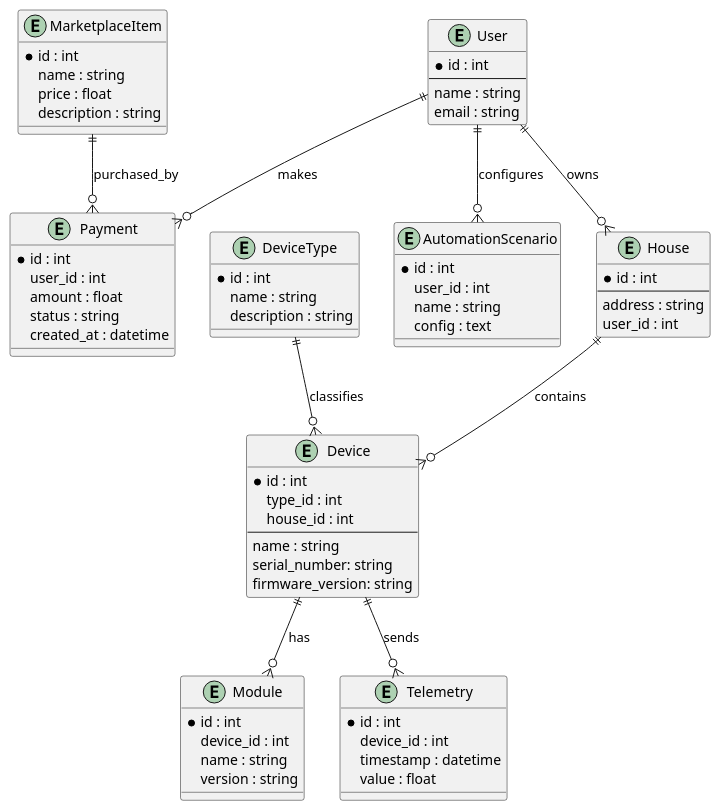
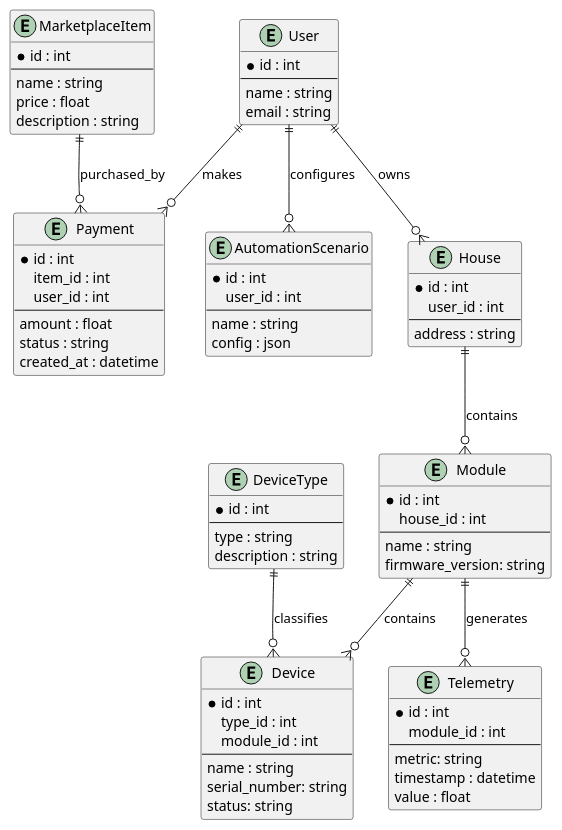
The diagram in docs/ER-diagram.puml (ayakhont/architecture-warmhouse), drawn with PlantUML before and after one commit.

Commit message:
ER-diagram completed

```diff
--- a/docs/ER-diagram.puml
+++ b/docs/ER-diagram.puml
@@ -1,77 +1,85 @@
 @startuml
 entity "User" as user {
   *id : int
   --
   name : string
   email : string
 }
 
 entity "House" as house {
   *id : int
+  user_id : int
   --
   address : string
-  user_id : int
 }
 
 entity "Device" as device {
   *id : int
   type_id : int
-  house_id : int
+  module_id : int
   --
   name : string
   serial_number: string
-  firmware_version: string
+  status: string
 }
 
 entity "DeviceType" as devicetype {
   *id : int
-  name : string
+  --
+  type : string
   description : string
 }
 
 entity "Module" as module {
   *id : int
-  device_id : int
+  house_id : int
+  --
   name : string
-  version : string
+  firmware_version: string
 }
 
 entity "Telemetry" as telemetry {
   *id : int
-  device_id : int
+  module_id : int
+  --
+  metric: string
   timestamp : datetime
   value : float
 }
 
 entity "Payment" as payment {
   *id : int
+  item_id : int
   user_id : int
+  --
   amount : float
   status : string
   created_at : datetime
 }
 
 entity "MarketplaceItem" as item {
   *id : int
+  --
   name : string
   price : float
   description : string
 }
 
 entity "AutomationScenario" as scenario {
   *id : int
   user_id : int
+  --
   name : string
-  config : text
+  config : json
 }
 
 user ||--o{ house : owns
-house ||--o{ device : contains
+house ||--o{ module : contains
+module ||--o{ telemetry : generates
+module ||--o{ device : contains
 devicetype ||--o{ device : classifies
-device ||--o{ module : has
-device ||--o{ telemetry : sends
 user ||--o{ payment : makes
 user ||--o{ scenario : configures
 item ||--o{ payment : purchased_by
 
 @enduml
```
